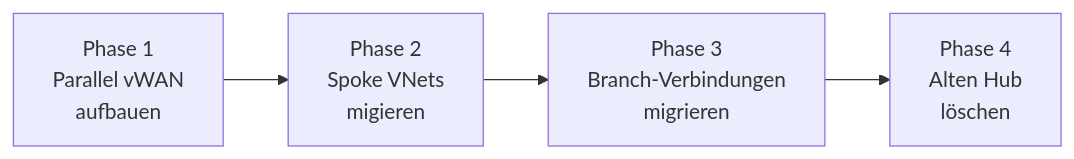
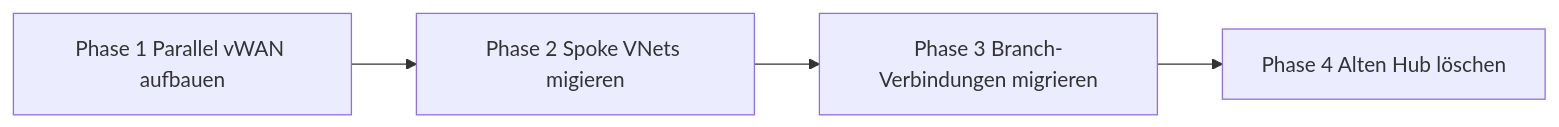
One commit to SoniiiT/notes-n-docs changed the fifth of 5 diagrams in Microsoft 365/Azure/Netzwerk/Azure Virtual WAN.md. Above: the diagram before and after it, drawn with Mermaid. The commit also changed other lines of this file and 124 other files, not shown here.

First line of the commit message:
fix: Entferne \n aus allen Mermaid-Diagrammen (125 Dateien)

````diff
--- a/Microsoft 365/Azure/Netzwerk/Azure Virtual WAN.md
+++ b/Microsoft 365/Azure/Netzwerk/Azure Virtual WAN.md
@@ -318,6 +318,6 @@
 ```mermaid
 graph LR
-    PHASE1[Phase 1\nParallel vWAN\naufbauen] --> PHASE2[Phase 2\nSpoke VNets\nmigieren]
-    PHASE2 --> PHASE3[Phase 3\nBranch-Verbindungen\nmigrieren]
-    PHASE3 --> PHASE4[Phase 4\nAlten Hub\nlöschen]
+    PHASE1[Phase 1 Parallel vWAN aufbauen] --> PHASE2[Phase 2 Spoke VNets migieren]
+    PHASE2 --> PHASE3[Phase 3 Branch-Verbindungen migrieren]
+    PHASE3 --> PHASE4[Phase 4 Alten Hub löschen]
 ```
````
